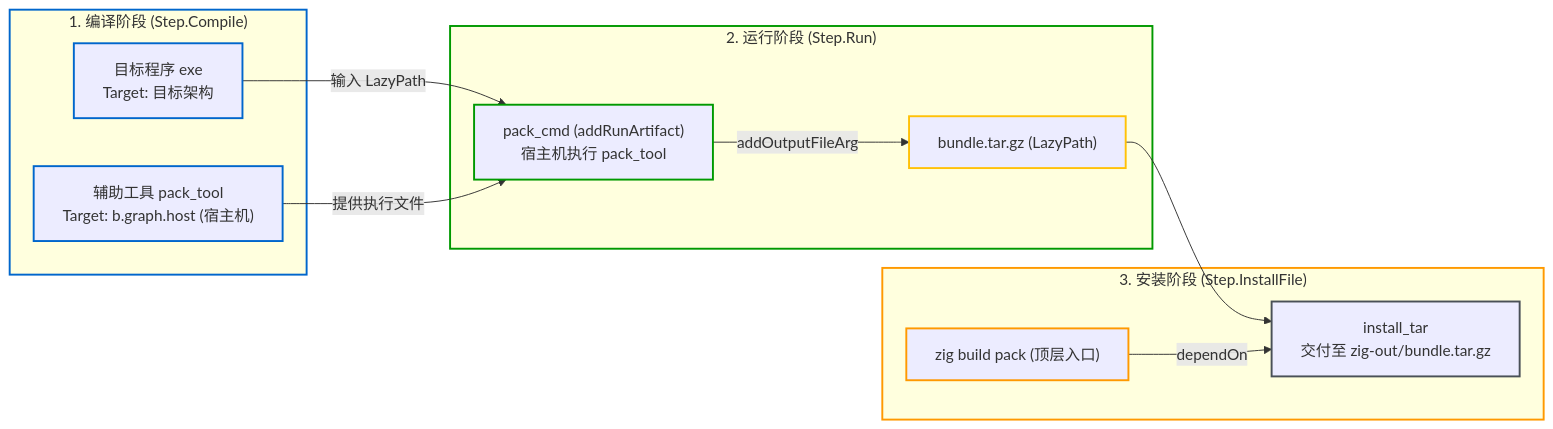
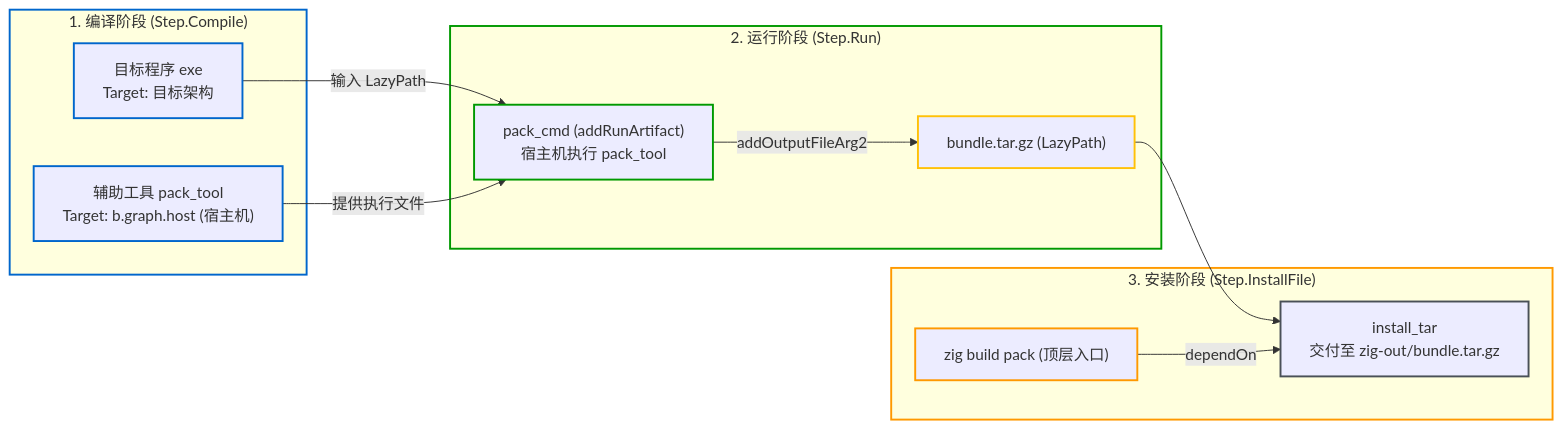
One commit to jiacai2050/x changed the diagram in zig-build/src/api/custom-steps.md. Above: the diagram before and after it, drawn with Mermaid. The commit also changed other lines of this file and 7 other files, not shown here.

````diff
--- a/zig-build/src/api/custom-steps.md
+++ b/zig-build/src/api/custom-steps.md
@@ -67,34 +67,34 @@
 ```mermaid
 flowchart LR
     subgraph S_Compile ["1. 编译阶段 (Step.Compile)"]
         S_Exe["目标程序 exe<br/>Target: 目标架构"]
         S_Tool["辅助工具 pack_tool<br/>Target: b.graph.host (宿主机)"]
     end
 
     subgraph S_Run ["2. 运行阶段 (Step.Run)"]
         S_RunPack["pack_cmd (addRunArtifact)<br/>宿主机执行 pack_tool"]
         LP_Out["bundle.tar.gz (LazyPath)"]
     end
 
     subgraph S_Install ["3. 安装阶段 (Step.InstallFile)"]
         S_Inst["install_tar<br/>交付至 zig-out/bundle.tar.gz"]
         TopPack["zig build pack (顶层入口)"]
     end
 
     S_Exe -- "输入 LazyPath" --> S_RunPack
     S_Tool -- "提供执行文件" --> S_RunPack
-    S_RunPack -- "addOutputFileArg" --> LP_Out
+    S_RunPack -- "addOutputFileArg2" --> LP_Out
     LP_Out --> S_Inst
     TopPack -- "dependOn" --> S_Inst
 
     classDef default stroke:#495057;
     style S_Compile stroke:#0066cc,stroke-width:2px;
     style S_Run stroke:#009900,stroke-width:2px;
     style S_Install stroke:#ff9900,stroke-width:2px;
     style S_Exe stroke:#0066cc,stroke-width:2px;
     style S_Tool stroke:#0066cc,stroke-width:2px;
     style S_RunPack stroke:#009900,stroke-width:2px;
     style LP_Out stroke:#ffc107,stroke-width:2px;
     style S_Inst stroke:#495057,stroke-width:2px;
     style TopPack stroke:#ff9900,stroke-width:2px;
 ```
````
